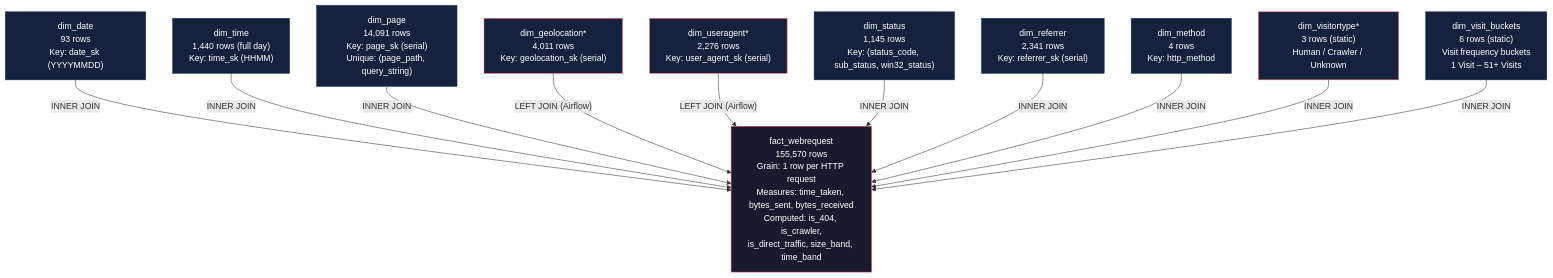
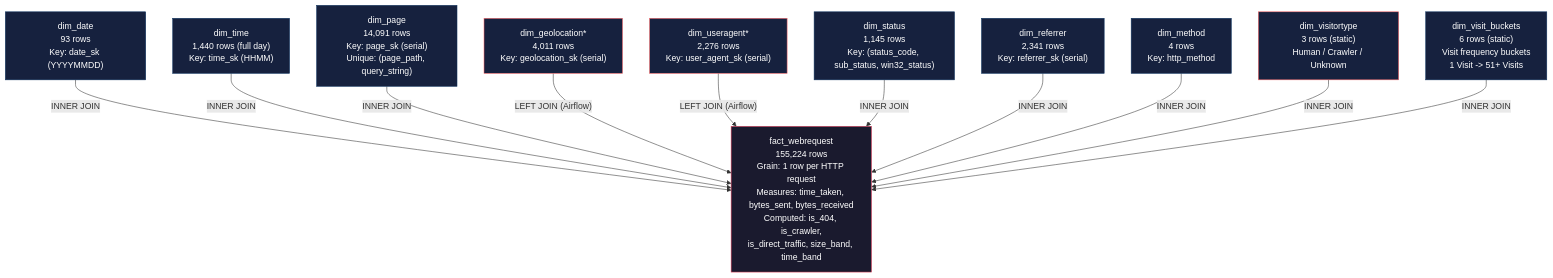
Before and after one commit to AhmedIkram05/w3c-etl-pipeline: the tenth of 13 diagrams in README.md, drawn with Mermaid. The commit also changed other lines of this file, not shown here.

````diff
--- a/README.md
+++ b/README.md
@@ -347,33 +673,33 @@
 ```mermaid
 flowchart TB
-    fact["fact_webrequest<br/>155,570 rows<br/>Grain: 1 row per HTTP request<br/>Measures: time_taken, bytes_sent, bytes_received<br/>Computed: is_404, is_crawler,<br/>is_direct_traffic, size_band, time_band"]
+    fact["fact_webrequest<br/>155,224 rows<br/>Grain: 1 row per HTTP request<br/>Measures: time_taken, bytes_sent, bytes_received<br/>Computed: is_404, is_crawler,<br/>is_direct_traffic, size_band, time_band"]
 
     dim_date["dim_date<br/>93 rows<br/>Key: date_sk (YYYYMMDD)"]
     dim_time["dim_time<br/>1,440 rows (full day)<br/>Key: time_sk (HHMM)"]
     dim_page["dim_page<br/>14,091 rows<br/>Key: page_sk (serial)<br/>Unique: (page_path, query_string)"]
     dim_geo["dim_geolocation*<br/>4,011 rows<br/>Key: geolocation_sk (serial)"]
     dim_ua["dim_useragent*<br/>2,276 rows<br/>Key: user_agent_sk (serial)"]
     dim_status["dim_status<br/>1,145 rows<br/>Key: (status_code, sub_status, win32_status)"]
     dim_ref["dim_referrer<br/>2,341 rows<br/>Key: referrer_sk (serial)"]
     dim_method["dim_method<br/>4 rows<br/>Key: http_method"]
-    dim_visitor["dim_visitortype*<br/>3 rows (static)<br/>Human / Crawler / Unknown"]
-    dim_visit_buckets["dim_visit_buckets<br/>6 rows (static)<br/>Visit frequency buckets<br/>1 Visit – 51+ Visits"]
+    dim_visitor["dim_visitortype<br/>3 rows (static)<br/>Human / Crawler / Unknown"]
+    dim_visit_buckets["dim_visit_buckets<br/>6 rows (static)<br/>Visit frequency buckets<br/>1 Visit -> 51+ Visits"]
 
     dim_date -->|"INNER JOIN"| fact
     dim_time -->|"INNER JOIN"| fact
     dim_page -->|"INNER JOIN"| fact
     dim_geo -->|"LEFT JOIN (Airflow)"| fact
     dim_ua -->|"LEFT JOIN (Airflow)"| fact
     dim_status -->|"INNER JOIN"| fact
     dim_ref -->|"INNER JOIN"| fact
     dim_method -->|"INNER JOIN"| fact
     dim_visitor -->|"INNER JOIN"| fact
     dim_visit_buckets -->|"INNER JOIN"| fact
-    
+
     classDef default fill:#1a1a2e,stroke:#e94560,color:#fff
     classDef dim fill:#16213e,stroke:#0f3460,color:#fff
     classDef airflow fill:#16213e,stroke:#ff6b6b,color:#fff
     class fact default
     class dim_date,dim_time,dim_page,dim_status,dim_ref,dim_method,dim_visit_buckets dim
     class dim_geo,dim_ua,dim_visitor airflow
 ```
````
